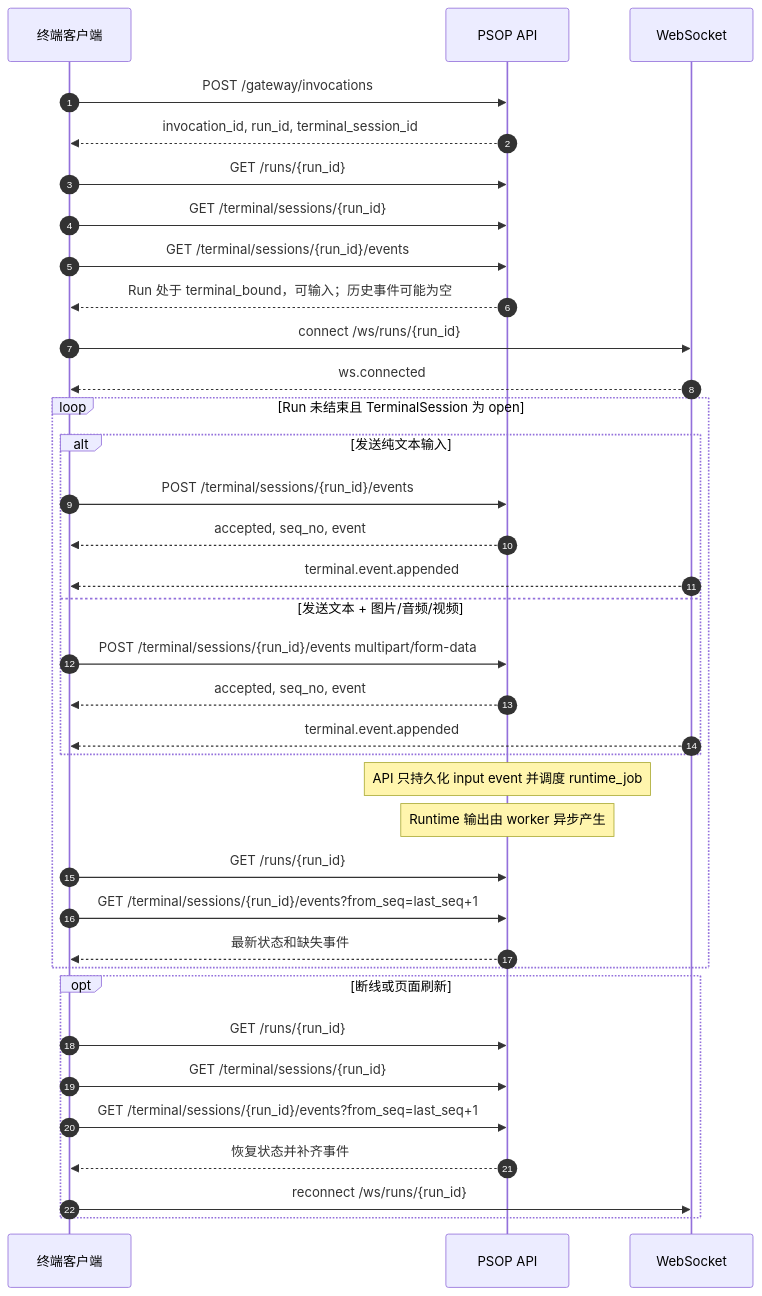
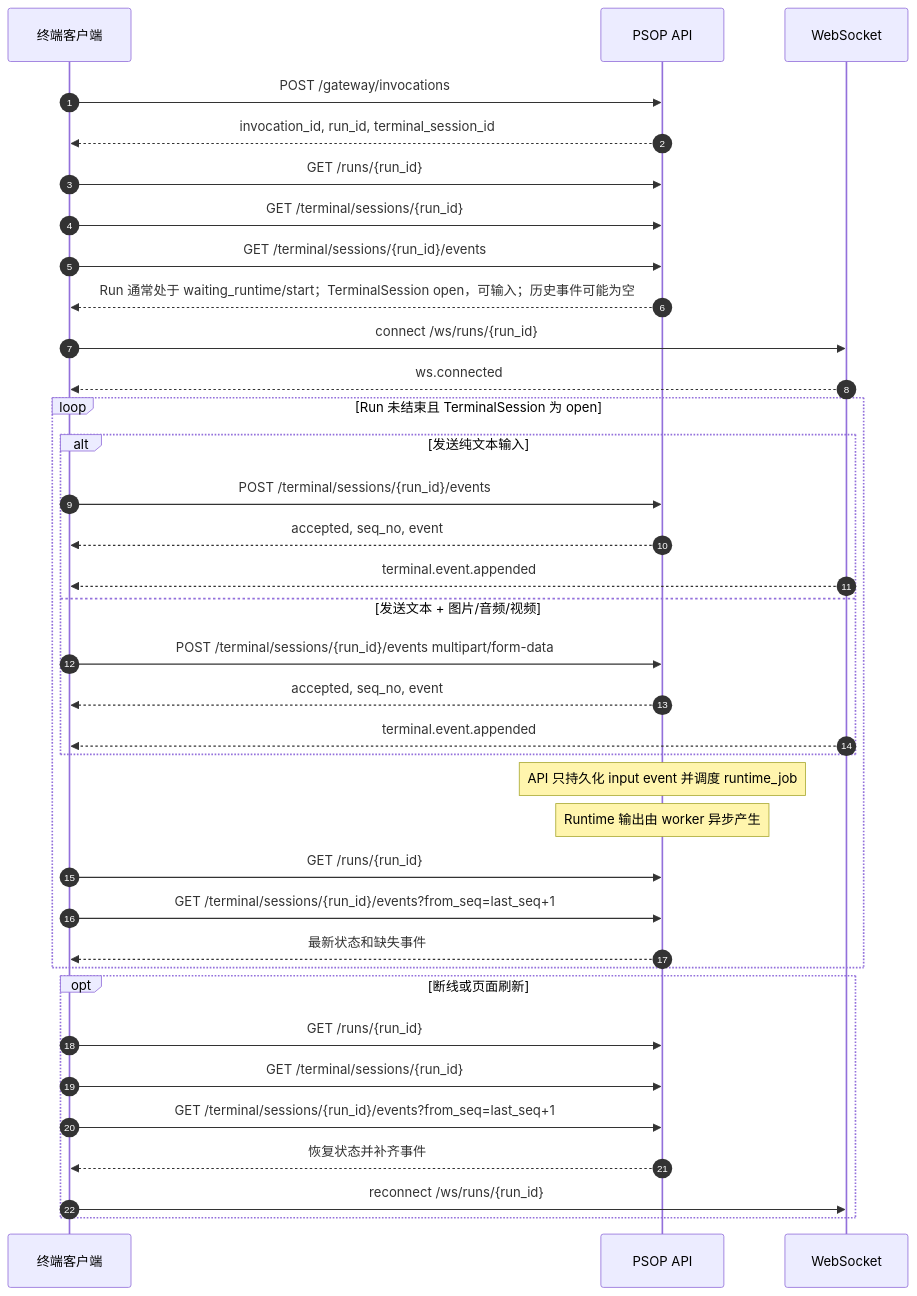
Before and after one commit to servforce/psop: the diagram in docs/guides/terminal-integration-v1.md, drawn with Mermaid. The commit also changed other lines of this file and 7 other files, not shown here.

````diff
--- a/docs/guides/terminal-integration-v1.md
+++ b/docs/guides/terminal-integration-v1.md
@@ -106,43 +107,43 @@
 ```mermaid
 sequenceDiagram
     autonumber
     participant T as 终端客户端
     participant API as PSOP API
     participant WS as WebSocket
 
     T->>API: POST /gateway/invocations
     API-->>T: invocation_id, run_id, terminal_session_id
 
     T->>API: GET /runs/{run_id}
     T->>API: GET /terminal/sessions/{run_id}
     T->>API: GET /terminal/sessions/{run_id}/events
-    API-->>T: Run 处于 terminal_bound，可输入；历史事件可能为空
+    API-->>T: Run 通常处于 waiting_runtime/start；TerminalSession open，可输入；历史事件可能为空
 
     T->>WS: connect /ws/runs/{run_id}
     WS-->>T: ws.connected
 
     loop Run 未结束且 TerminalSession 为 open
         alt 发送纯文本输入
             T->>API: POST /terminal/sessions/{run_id}/events
             API-->>T: accepted, seq_no, event
             WS-->>T: terminal.event.appended
         else 发送文本 + 图片/音频/视频
             T->>API: POST /terminal/sessions/{run_id}/events multipart/form-data
             API-->>T: accepted, seq_no, event
             WS-->>T: terminal.event.appended
         end
         Note over API: API 只持久化 input event 并调度 runtime_job
         Note over API: Runtime 输出由 worker 异步产生
         T->>API: GET /runs/{run_id}
         T->>API: GET /terminal/sessions/{run_id}/events?from_seq=last_seq+1
         API-->>T: 最新状态和缺失事件
     end
 
     opt 断线或页面刷新
         T->>API: GET /runs/{run_id}
         T->>API: GET /terminal/sessions/{run_id}
         T->>API: GET /terminal/sessions/{run_id}/events?from_seq=last_seq+1
         API-->>T: 恢复状态并补齐事件
         T->>WS: reconnect /ws/runs/{run_id}
     end
 ```
````
